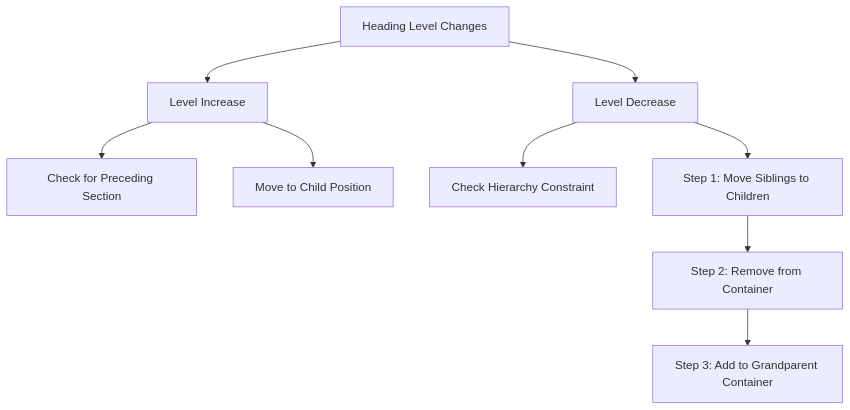
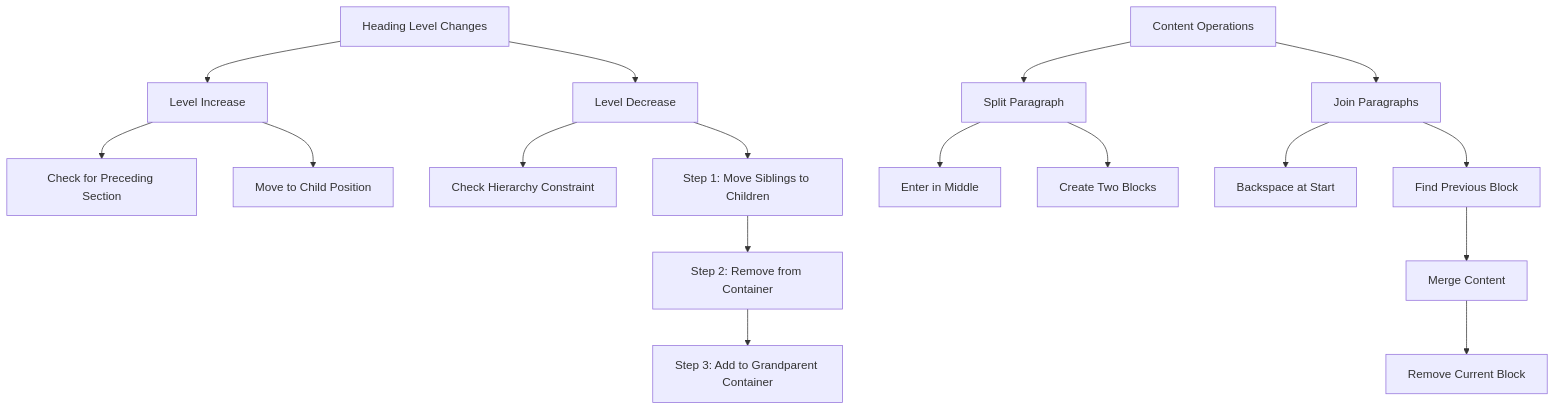
The third of 8 diagrams in memory-bank/systemPatterns.md (stankur/shapeshifter), drawn with Mermaid before and after one commit. The commit also changed other lines of this file and 2 other files, not shown here.

Commit message:
cline memory bank update

````diff
--- a/memory-bank/systemPatterns.md
+++ b/memory-bank/systemPatterns.md
@@ -68,13 +69,24 @@
 ```mermaid
 flowchart TD
     HeadingLevel[Heading Level Changes] --> Increase[Level Increase]
     HeadingLevel --> Decrease[Level Decrease]
     
     Increase --> CheckPreceding[Check for Preceding Section]
     Increase --> MoveToChild[Move to Child Position]
     
     Decrease --> CheckConstraint[Check Hierarchy Constraint]
     Decrease --> Step1[Step 1: Move Siblings to Children]
     Step1 --> Step2[Step 2: Remove from Container]
     Step2 --> Step3[Step 3: Add to Grandparent Container]
+    
+    ContentOps[Content Operations] --> Split[Split Paragraph]
+    ContentOps --> Join[Join Paragraphs]
+    
+    Split --> EnterMiddle[Enter in Middle]
+    Split --> CreateTwo[Create Two Blocks]
+    
+    Join --> BackspaceStart[Backspace at Start]
+    Join --> FindPrevious[Find Previous Block]
+    FindPrevious --> MergeContent[Merge Content]
+    MergeContent --> RemoveBlock[Remove Current Block]
 ```
````
